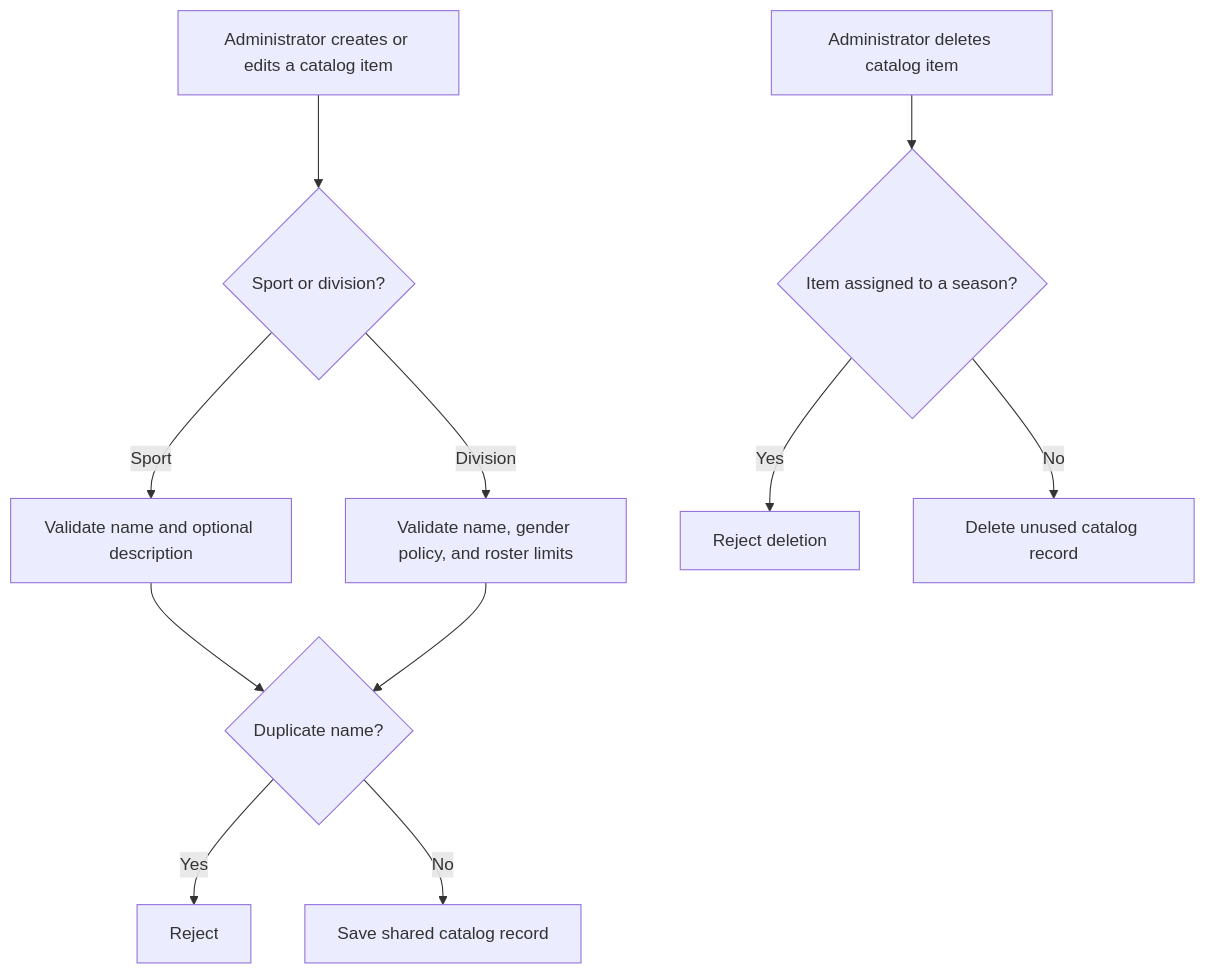
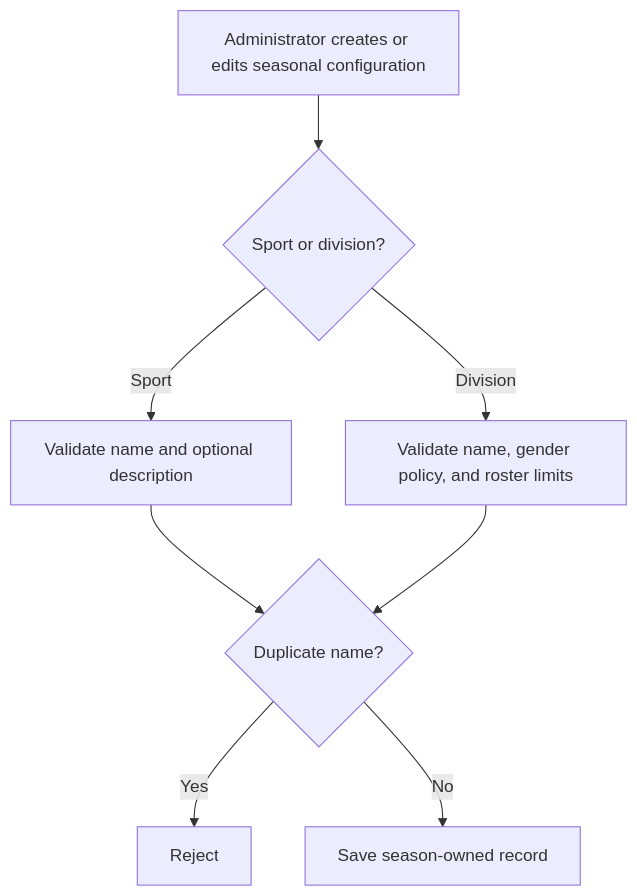
Before and after one commit to inamonanymous/BarangayLeagueSystem: the seventh of 19 diagrams in docs/diagrams/system-feature-flowcharts.md, drawn with Mermaid. The commit also changed other lines of this file and 108 other files, not shown here.

````diff
--- a/docs/diagrams/system-feature-flowcharts.md
+++ b/docs/diagrams/system-feature-flowcharts.md
@@ -181,13 +181,10 @@
 ```mermaid
 flowchart TD
-    A["Administrator creates or edits a catalog item"] --> B{"Sport or division?"}
+    A["Administrator creates or edits seasonal configuration"] --> B{"Sport or division?"}
     B -->|"Sport"| C["Validate name and optional description"]
     B -->|"Division"| D["Validate name, gender policy, and roster limits"]
     C --> E{"Duplicate name?"}
     D --> E
     E -->|"Yes"| F["Reject"]
-    E -->|"No"| G["Save shared catalog record"]
-    H["Administrator deletes catalog item"] --> I{"Item assigned to a season?"}
-    I -->|"Yes"| J["Reject deletion"]
-    I -->|"No"| K["Delete unused catalog record"]
+    E -->|"No"| G["Save season-owned record"]
 ```
````
